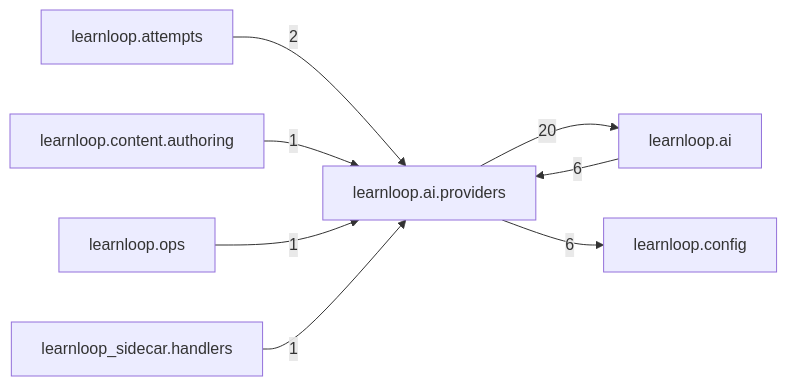
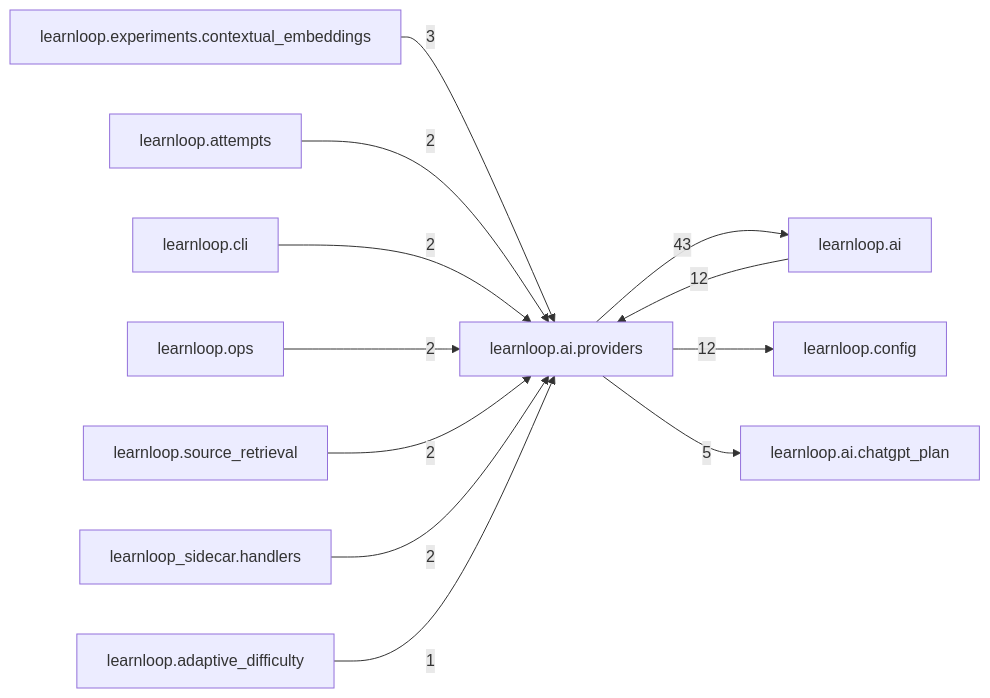
One commit to 6up-b/learnanything changed the diagram in docs/learnloop-architecture-vault/Reference/Modules/learnloop/ai/providers/_package.md. Above: the diagram before and after it, drawn with Mermaid. The commit also changed other lines of this file and 1202 other files, not shown here.

````diff
--- a/docs/learnloop-architecture-vault/Reference/Modules/learnloop/ai/providers/_package.md
+++ b/docs/learnloop-architecture-vault/Reference/Modules/learnloop/ai/providers/_package.md
@@ -82,17 +102,25 @@
 ```mermaid
 flowchart LR
     center["learnloop.ai.providers"]
     n_learnloop_ai["learnloop.ai"]
     n_learnloop_config["learnloop.config"]
+    n_learnloop_ai_chatgpt_plan["learnloop.ai.chatgpt_plan"]
+    n_learnloop_experiments_contextual_embeddings["learnloop.experiments.contextual_embeddings"]
     n_learnloop_attempts["learnloop.attempts"]
-    n_learnloop_content_authoring["learnloop.content.authoring"]
+    n_learnloop_cli["learnloop.cli"]
     n_learnloop_ops["learnloop.ops"]
+    n_learnloop_source_retrieval["learnloop.source_retrieval"]
     n_learnloop_sidecar_handlers["learnloop_sidecar.handlers"]
-    n_learnloop_ai -->|6| center
-    center -->|20| n_learnloop_ai
-    center -->|6| n_learnloop_config
+    n_learnloop_adaptive_difficulty["learnloop.adaptive_difficulty"]
+    n_learnloop_ai -->|12| center
+    center -->|43| n_learnloop_ai
+    center -->|12| n_learnloop_config
+    center -->|5| n_learnloop_ai_chatgpt_plan
+    n_learnloop_experiments_contextual_embeddings -->|3| center
     n_learnloop_attempts -->|2| center
-    n_learnloop_content_authoring -->|1| center
-    n_learnloop_ops -->|1| center
-    n_learnloop_sidecar_handlers -->|1| center
+    n_learnloop_cli -->|2| center
+    n_learnloop_ops -->|2| center
+    n_learnloop_source_retrieval -->|2| center
+    n_learnloop_sidecar_handlers -->|2| center
+    n_learnloop_adaptive_difficulty -->|1| center
 ```
````
